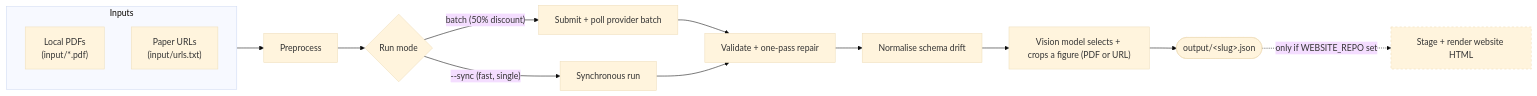
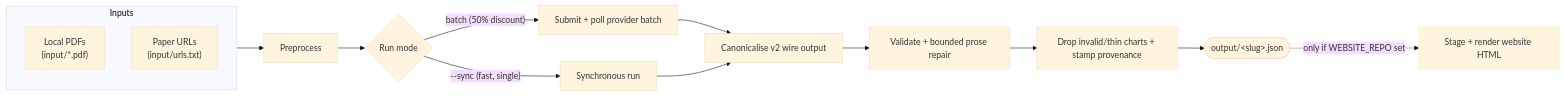
One commit to aw-pr/explainer-batch changed the diagram in README.md. Above: the diagram before and after it, drawn with Mermaid (base theme). The commit also changed other lines of this file and 20 other files, not shown here.

First line of the commit message:
49-the-v1-save-path-is-deleted: the v1 save, repair and validation path, the hand-written v1 schema and the v1 detected fields are deleted

````diff
--- a/README.md
+++ b/README.md
@@ -40,24 +40,24 @@
 ```mermaid
 flowchart LR
   subgraph IN["Inputs"]
     A1["Local PDFs<br/>(input/*.pdf)"]
     A2["Paper URLs<br/>(input/urls.txt)"]
   end
 
   IN --> B["Preprocess"]
 
   B --> C{"Run mode"}
   C -->|"batch (50% discount)"| D["Submit + poll provider batch"]
   C -->|"--sync (fast, single)"| E["Synchronous run"]
 
-  D --> F["Validate + one-pass repair"]
+  D --> F["Canonicalise v2 wire output"]
   E --> F
-  F --> G["Normalise schema drift"]
-  G --> H["Vision model selects + crops a figure (PDF or URL)"]
+  F --> G["Validate + bounded prose repair"]
+  G --> H["Drop invalid/thin charts + stamp provenance"]
   H --> R(["output/&lt;slug&gt;.json"])
 
   R -. "only if WEBSITE_REPO set" .-> S["Stage + render website HTML"]
 
   classDef opt stroke-dasharray:4 4;
   class S opt;
 ```
````
